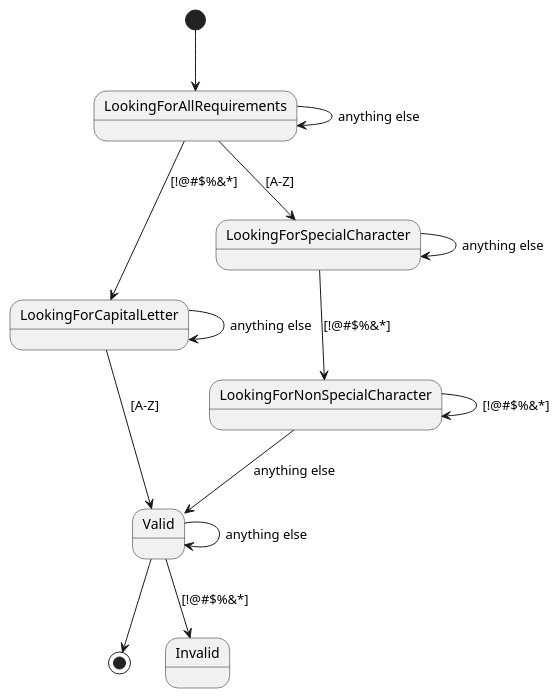
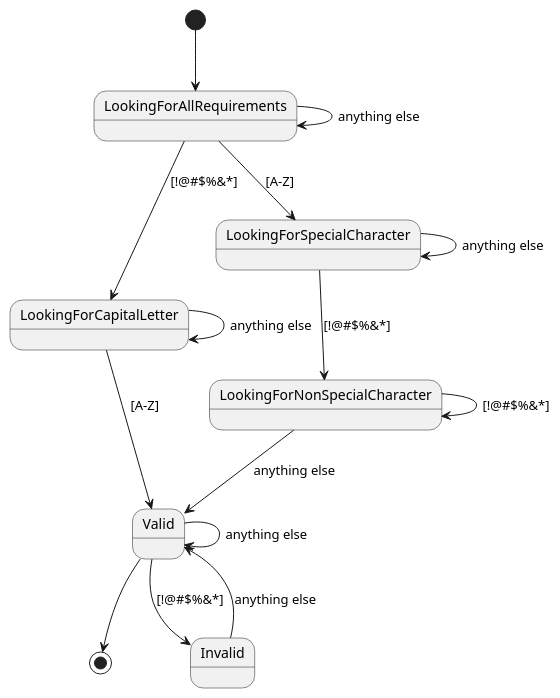
One commit to quality-liquid/cs5700-assn5-regex changed the diagram in doc/uml/complex_password.plantuml. Above: the diagram before and after it, drawn with PlantUML. The commit also changed 9 other files, not shown here.

```diff
--- a/doc/uml/complex_password.plantuml
+++ b/doc/uml/complex_password.plantuml
@@ -1,22 +1,24 @@
 @startuml
 
 [*] --> LookingForAllRequirements
 
 LookingForAllRequirements --> LookingForCapitalLetter: [!@#$%&*]
 LookingForAllRequirements --> LookingForSpecialCharacter: [A-Z]
 LookingForAllRequirements --> LookingForAllRequirements: anything else
 
 LookingForCapitalLetter --> Valid: [A-Z]
 LookingForCapitalLetter --> LookingForCapitalLetter: anything else
 
 LookingForSpecialCharacter --> LookingForNonSpecialCharacter: [!@#$%&*]
 LookingForSpecialCharacter --> LookingForSpecialCharacter: anything else
 
 LookingForNonSpecialCharacter --> LookingForNonSpecialCharacter: [!@#$%&*]
 LookingForNonSpecialCharacter --> Valid: anything else
 
 Valid --> [*]
 Valid --> Valid: anything else
 Valid --> Invalid: [!@#$%&*]
 
+Invalid --> Valid: anything else
+
 @enduml
```
